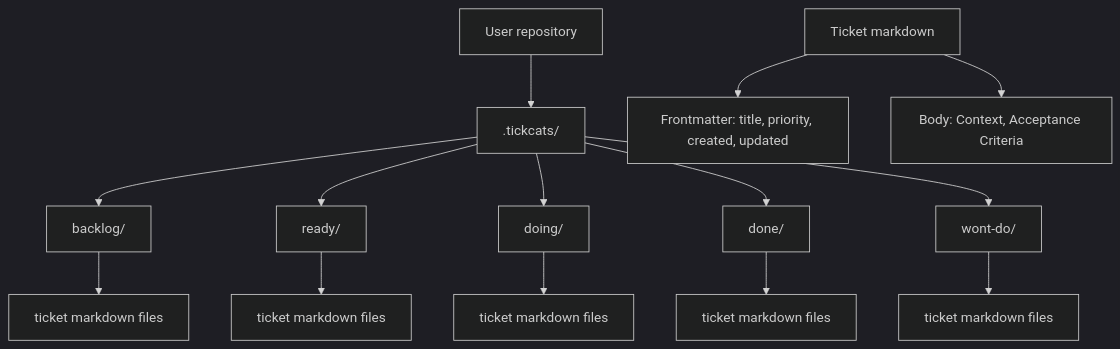
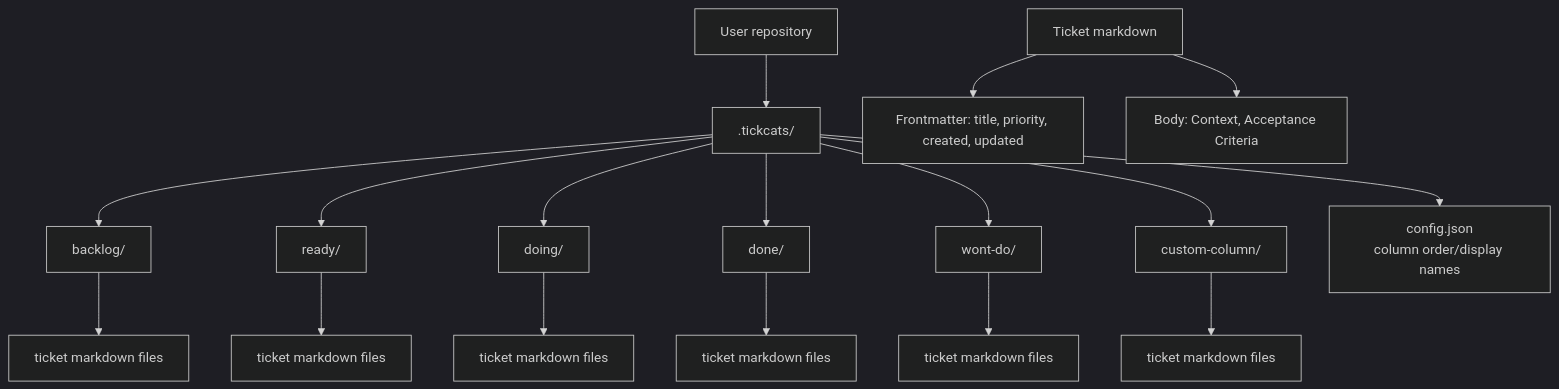
The second of 7 diagrams in docs/architecture.md (dawidsok/tickcats), drawn with Mermaid (dark theme) before and after one commit. The commit also changed other lines of this file and 29 other files, not shown here.

````diff
--- a/docs/architecture.md
+++ b/docs/architecture.md
@@ -22,17 +22,20 @@
 ```mermaid
 flowchart TD
     R[User repository] --> T[".tickcats/"]
     T --> B["backlog/"]
     T --> Y["ready/"]
     T --> D["doing/"]
     T --> N["done/"]
     T --> W["wont-do/"]
+    T --> X["custom-column/"]
     B --> B1["ticket markdown files"]
     Y --> Y1["ticket markdown files"]
     D --> D1["ticket markdown files"]
     N --> N1["ticket markdown files"]
     W --> W1["ticket markdown files"]
+    X --> X1["ticket markdown files"]
+    T --> CFG["config.json\ncolumn order/display names"]
 
     M[Ticket markdown] --> F[Frontmatter: title, priority, created, updated]
     M --> C[Body: Context, Acceptance Criteria]
 ```
````
